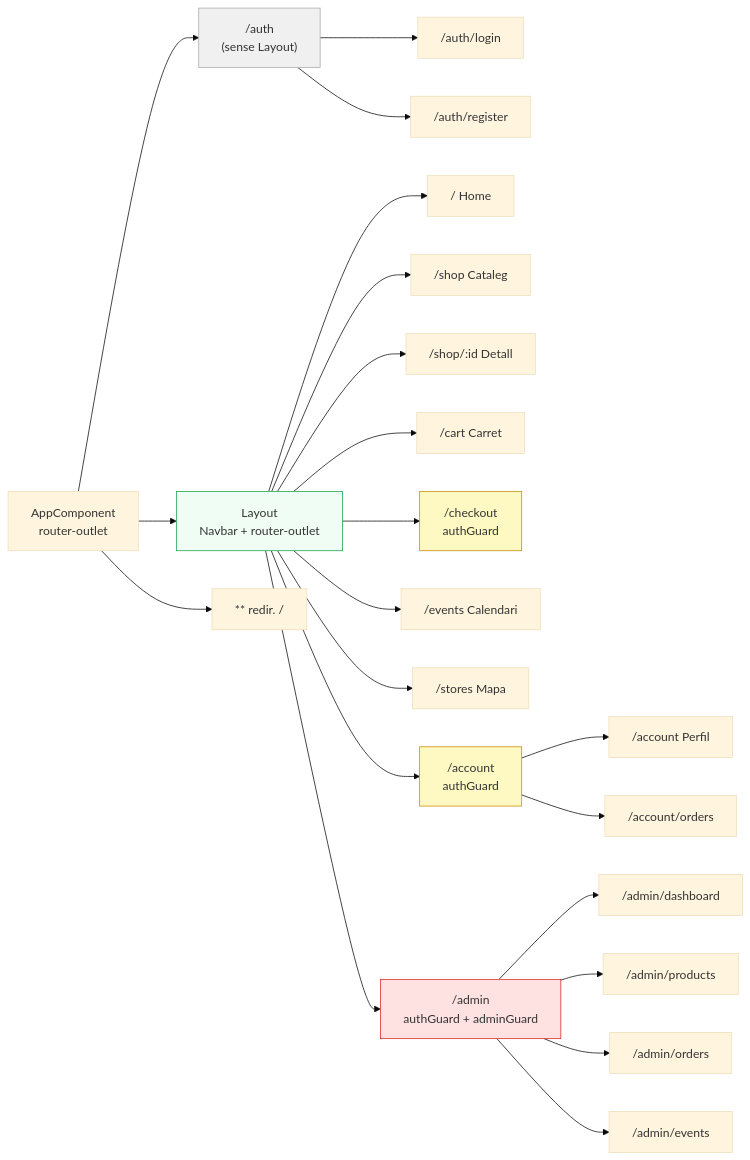
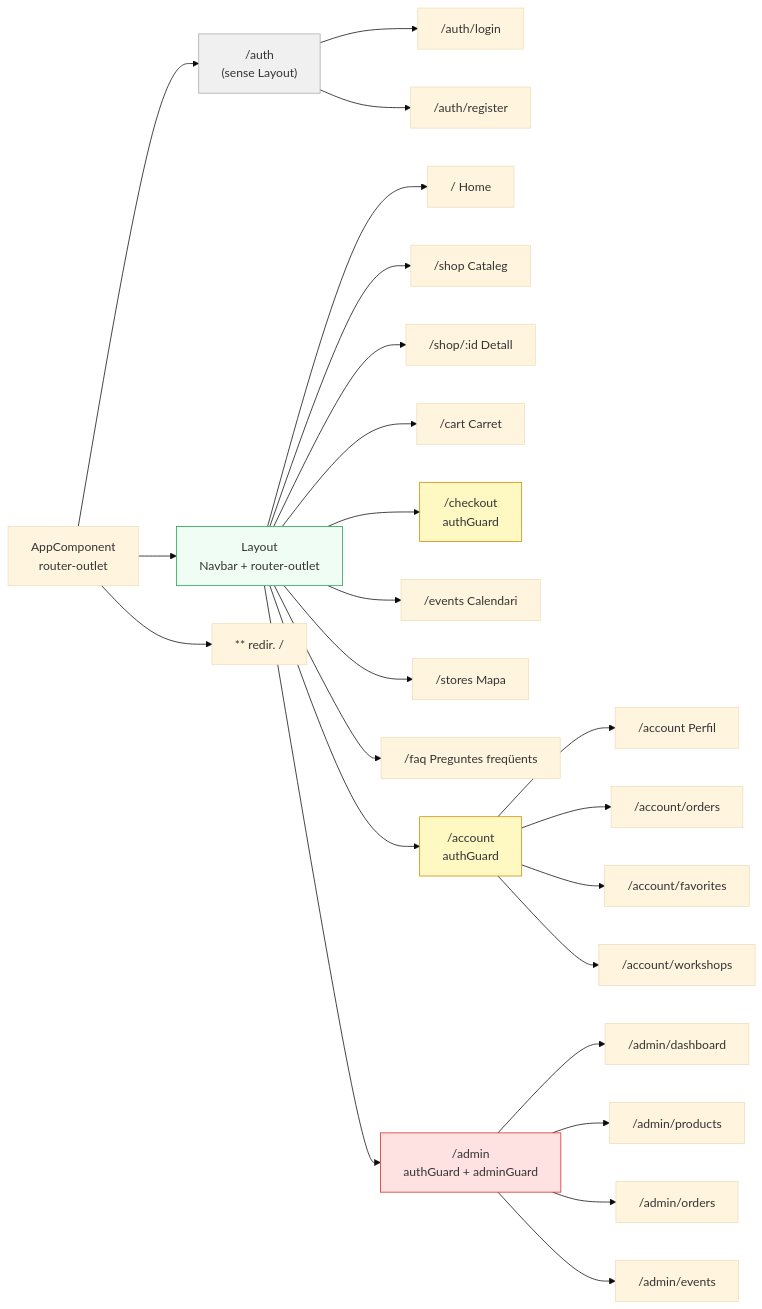
Before and after one commit to isahun/winter-garden: the eighth of 8 diagrams in DIAGRAMS.md, drawn with Mermaid (base theme). The commit also changed other lines of this file and 1 other file, not shown here.

Commit message:
docs: update diagrams and wireframes to reflect current implementation

````diff
--- a/DIAGRAMS.md
+++ b/DIAGRAMS.md
@@ -290,33 +296,36 @@
 ```mermaid
 graph LR
     ROOT["AppComponent<br/>router-outlet"] --> AUTH["/auth<br/>(sense Layout)"]
     ROOT --> LAYOUT["Layout<br/>Navbar + router-outlet"]
     ROOT --> WILD["** redir. /"]
 
     AUTH --> LOGIN["/auth/login"]
     AUTH --> REGISTER["/auth/register"]
 
     LAYOUT --> HOME["/ Home"]
     LAYOUT --> SHOP["/shop Cataleg"]
     LAYOUT --> DETAIL["/shop/:id Detall"]
     LAYOUT --> CART["/cart Carret"]
     LAYOUT --> CHECKOUT["/checkout<br/>authGuard"]
     LAYOUT --> EVENTS["/events Calendari"]
     LAYOUT --> STORES["/stores Mapa"]
+    LAYOUT --> FAQ["/faq Preguntes freqüents"]
     LAYOUT --> ACCOUNT["/account<br/>authGuard"]
     LAYOUT --> ADMIN["/admin<br/>authGuard + adminGuard"]
 
     ACCOUNT --> ACC_ROOT["/account Perfil"]
     ACCOUNT --> ACC_ORD["/account/orders"]
+    ACCOUNT --> ACC_FAV["/account/favorites"]
+    ACCOUNT --> ACC_WRK["/account/workshops"]
 
     ADMIN --> DASH["/admin/dashboard"]
     ADMIN --> PROD["/admin/products"]
     ADMIN --> ORD["/admin/orders"]
     ADMIN --> EVT["/admin/events"]
 
     style AUTH fill:#f0f0f0,stroke:#aaa
     style LAYOUT fill:#f0fdf4,stroke:#16a34a
     style ACCOUNT fill:#fef9c3,stroke:#ca8a04
     style CHECKOUT fill:#fef9c3,stroke:#ca8a04
     style ADMIN fill:#fee2e2,stroke:#dc2626
 ```
````
